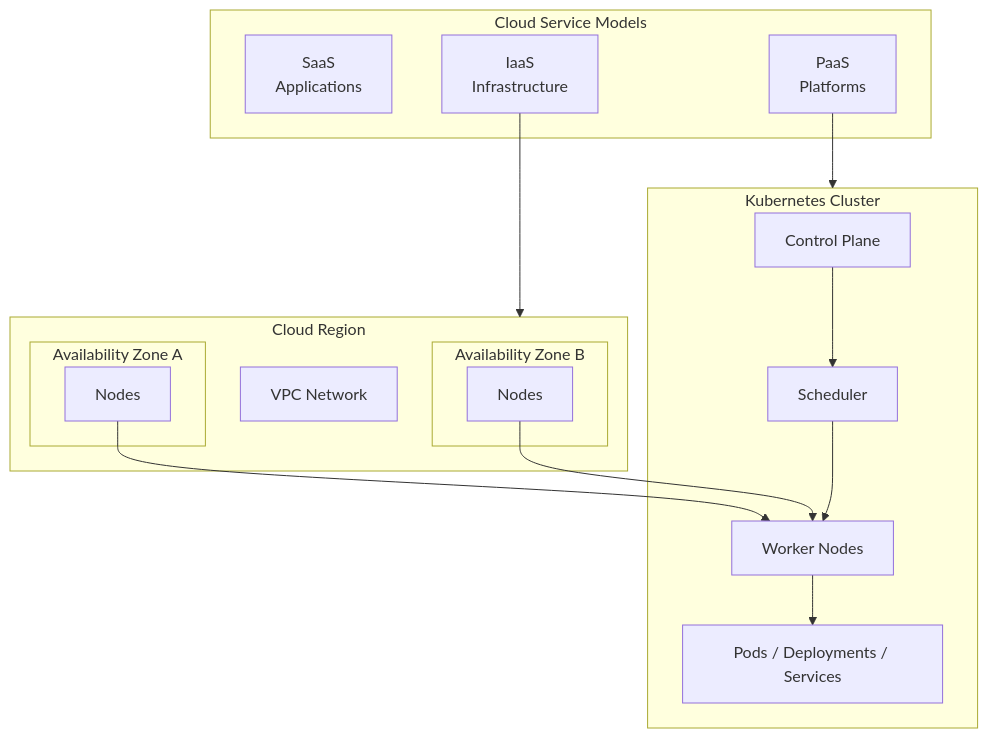
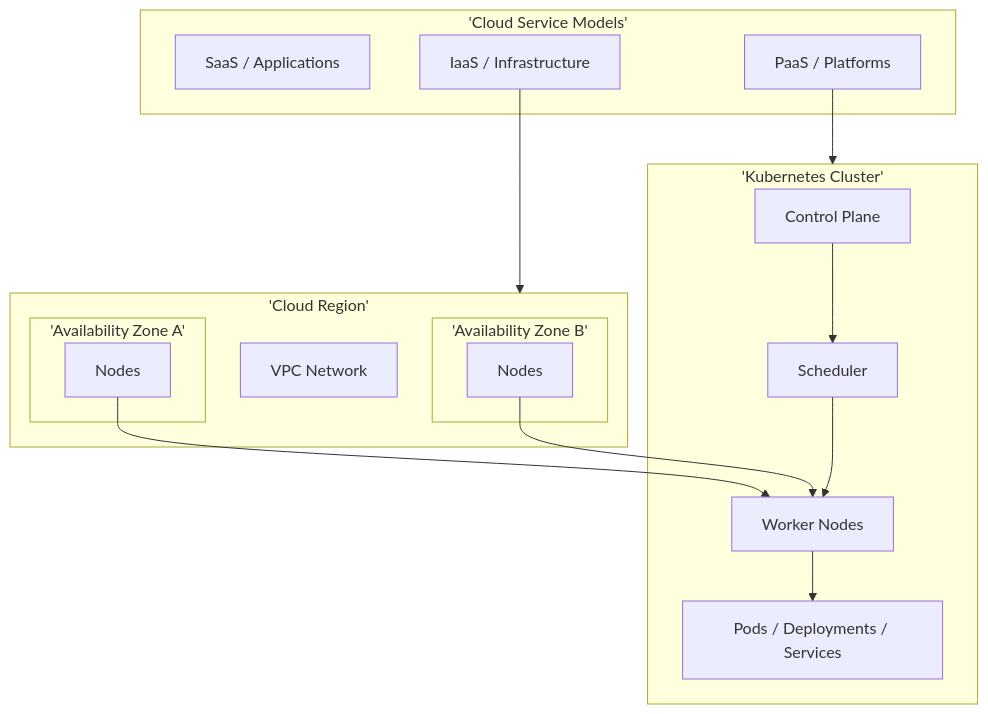
Before and after one commit to hareramcse/SystemDesign: the first of 47 diagrams in 11-cloud-and-kubernetes/README.md, drawn with Mermaid. The commit also changed other lines of this file and 14 other files, not shown here.

````diff
--- a/11-cloud-and-kubernetes/README.md
+++ b/11-cloud-and-kubernetes/README.md
@@ -59,30 +59,30 @@
 ```mermaid
 flowchart TB
-    subgraph Models["Cloud Service Models"]
-        SaaS[SaaS<br/>Applications]
-        PaaS[PaaS<br/>Platforms]
-        IaaS[IaaS<br/>Infrastructure]
+    subgraph Models['Cloud Service Models']
+        SaaS[SaaS / Applications]
+        PaaS[PaaS / Platforms]
+        IaaS[IaaS / Infrastructure]
     end
 
-    subgraph Region["Cloud Region"]
-        subgraph AZ1["Availability Zone A"]
+    subgraph Region['Cloud Region']
+        subgraph AZ1['Availability Zone A']
             N1[Nodes]
         end
-        subgraph AZ2["Availability Zone B"]
+        subgraph AZ2['Availability Zone B']
             N2[Nodes]
         end
         VPC[VPC Network]
     end
 
-    subgraph K8s["Kubernetes Cluster"]
+    subgraph K8s['Kubernetes Cluster']
         CP[Control Plane]
         SCH[Scheduler]
         W1[Worker Nodes]
         W1 --> Pods[Pods / Deployments / Services]
     end
 
     IaaS --> Region
     PaaS --> K8s
     N1 & N2 --> W1
     CP --> SCH --> W1
 ```
````
